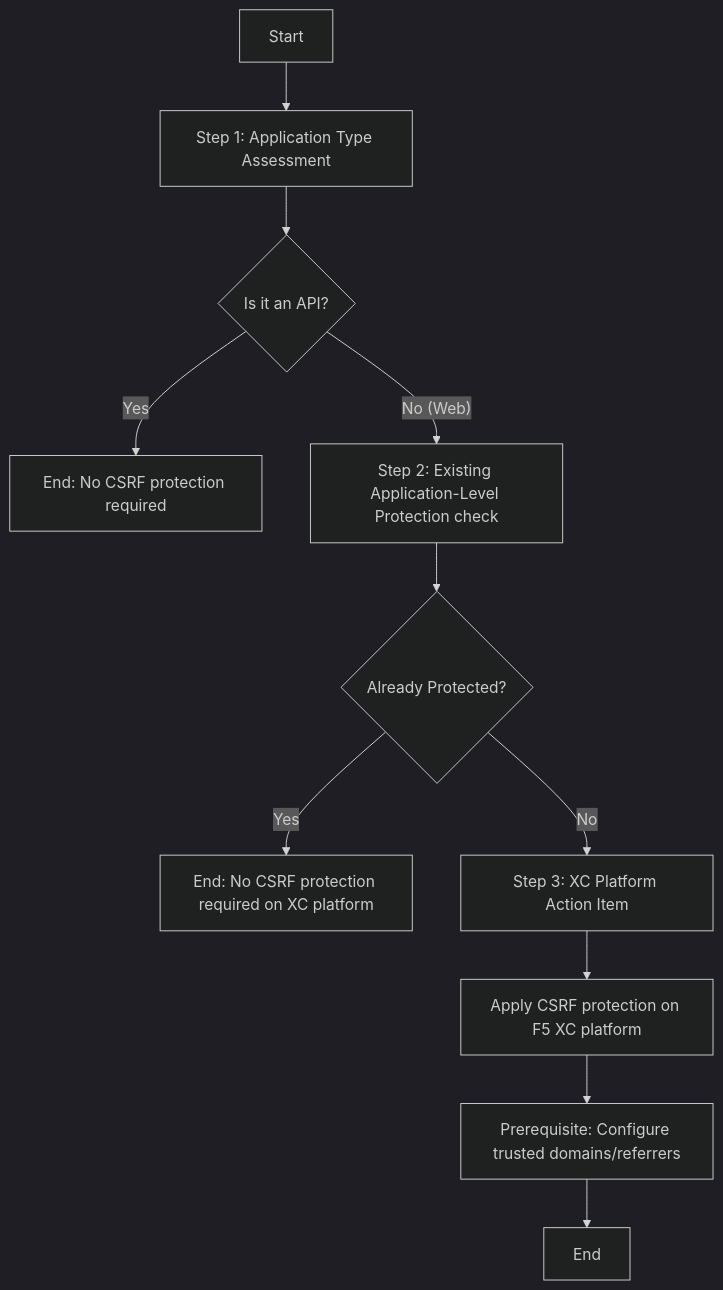
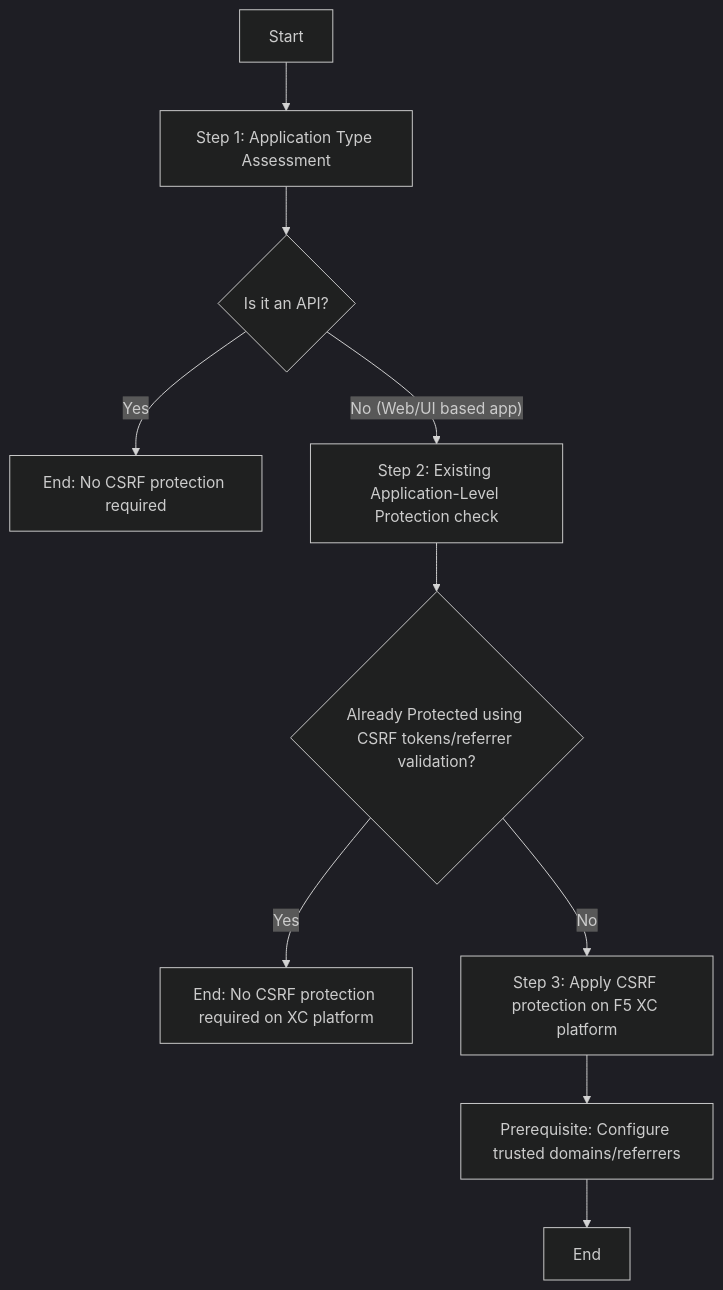
Before and after one commit to SarveshWagh/f5xc-flowcharts: the diagram in csrf-protection.md, drawn with Mermaid (dark theme).

````diff
--- a/csrf-protection.md
+++ b/csrf-protection.md
@@ -1,17 +1,13 @@
 ``` mermaid
 flowchart TD
     A[Start] --> B[Step 1: Application Type Assessment]
 
     B --> C{Is it an API?}
     C -- Yes --> D[End: No CSRF protection required]
-    C -- No (Web) --> E[Step 2: Existing Application-Level Protection check]
-
-    E --> F{Already Protected?}
+    C -- No (Web/UI based app) --> E[Step 2: Existing Application-Level Protection check]
+    E --> F{Already Protected using CSRF tokens/referrer validation?}
     F -- Yes --> G[End: No CSRF protection required on XC platform]
-    F -- No --> H[Step 3: XC Platform Action Item]
-
-    H --> I[Apply CSRF protection on F5 XC platform]
-
-    I --> J[Prerequisite: Configure trusted domains/referrers]
-    J --> K[End]
+    F -- No --> H[Step 3: Apply CSRF protection on F5 XC platform]
+    H --> I[Prerequisite: Configure trusted domains/referrers]
+    I --> J[End]
 ```
````
